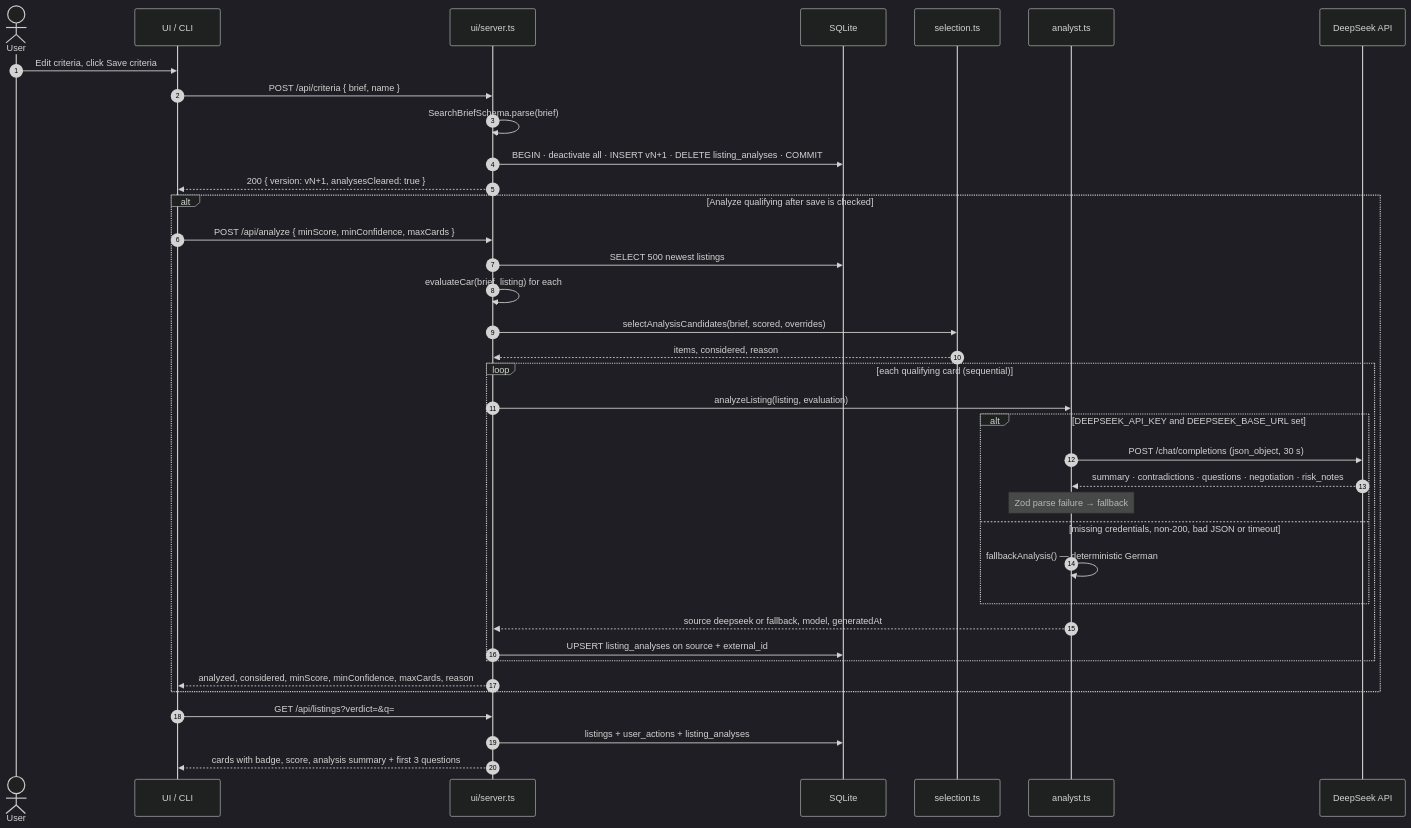
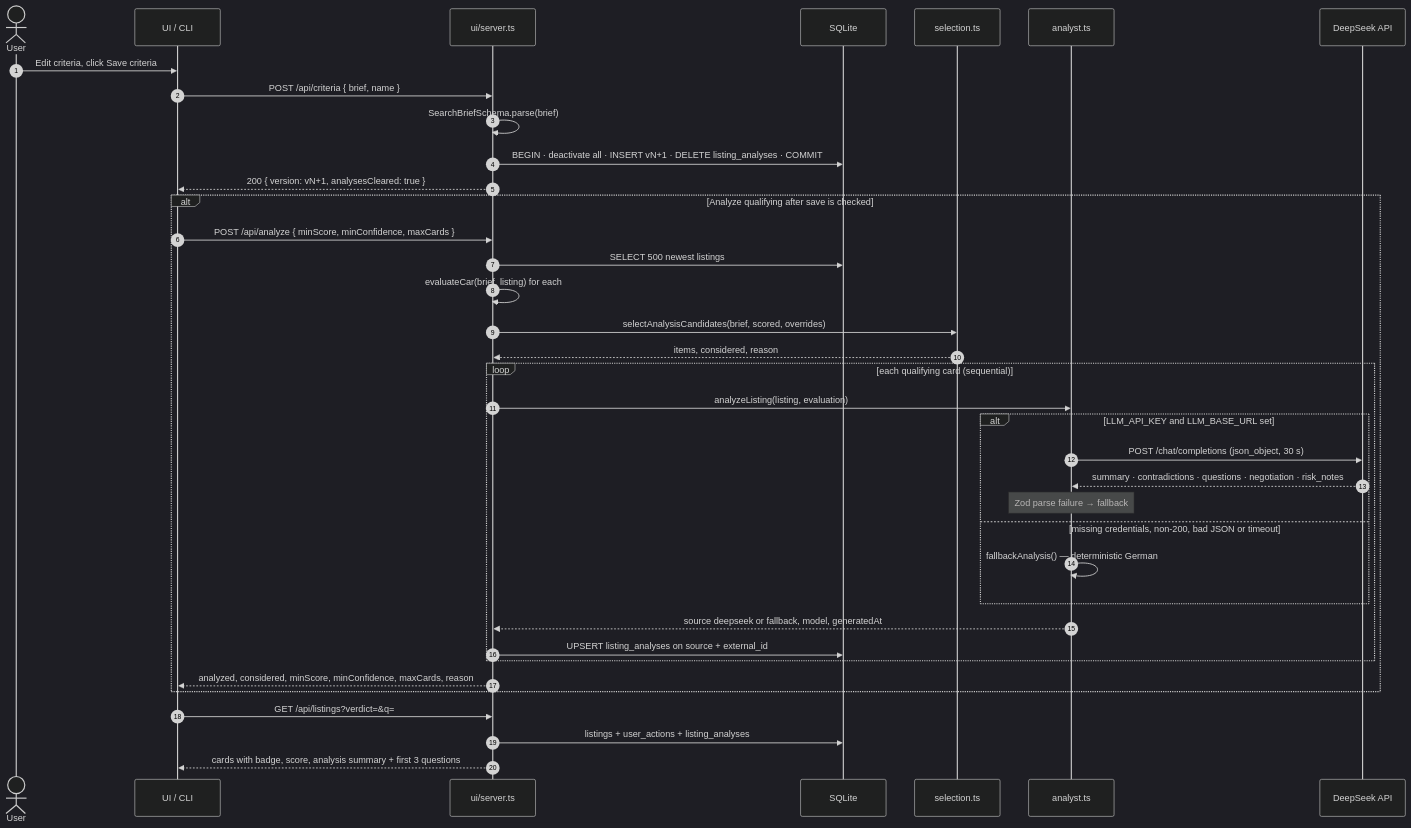
One commit to syed-maaz/buy-scout changed the diagram in docs/ANALYSIS.md. Above: the diagram before and after it, drawn with Mermaid (dark theme). The commit also changed other lines of this file and 15 other files, not shown here.

````diff
--- a/docs/ANALYSIS.md
+++ b/docs/ANALYSIS.md
@@ -200,42 +200,42 @@
 ```mermaid
 sequenceDiagram
     autonumber
     actor U as User
     participant UI as UI / CLI
     participant API as ui/server.ts
     participant DB as SQLite
     participant SEL as selection.ts
     participant AN as analyst.ts
     participant DS as DeepSeek API
 
     U->>UI: Edit criteria, click Save criteria
     UI->>API: POST /api/criteria { brief, name }
     API->>API: SearchBriefSchema.parse(brief)
     API->>DB: BEGIN · deactivate all · INSERT vN+1 · DELETE listing_analyses · COMMIT
     API-->>UI: 200 { version: vN+1, analysesCleared: true }
 
     alt Analyze qualifying after save is checked
         UI->>API: POST /api/analyze { minScore, minConfidence, maxCards }
         API->>DB: SELECT 500 newest listings
         API->>API: evaluateCar(brief, listing) for each
         API->>SEL: selectAnalysisCandidates(brief, scored, overrides)
         SEL-->>API: items, considered, reason
         loop each qualifying card (sequential)
             API->>AN: analyzeListing(listing, evaluation)
-            alt DEEPSEEK_API_KEY and DEEPSEEK_BASE_URL set
+            alt LLM_API_KEY and LLM_BASE_URL set
                 AN->>DS: POST /chat/completions (json_object, 30 s)
                 DS-->>AN: summary · contradictions · questions · negotiation · risk_notes
                 Note over AN: Zod parse failure → fallback
             else missing credentials, non-200, bad JSON or timeout
                 AN->>AN: fallbackAnalysis() — deterministic German
             end
             AN-->>API: source deepseek or fallback, model, generatedAt
             API->>DB: UPSERT listing_analyses on source + external_id
         end
         API-->>UI: analyzed, considered, minScore, minConfidence, maxCards, reason
     end
 
     UI->>API: GET /api/listings?verdict=&q=
     API->>DB: listings + user_actions + listing_analyses
     API-->>UI: cards with badge, score, analysis summary + first 3 questions
 ```
````
